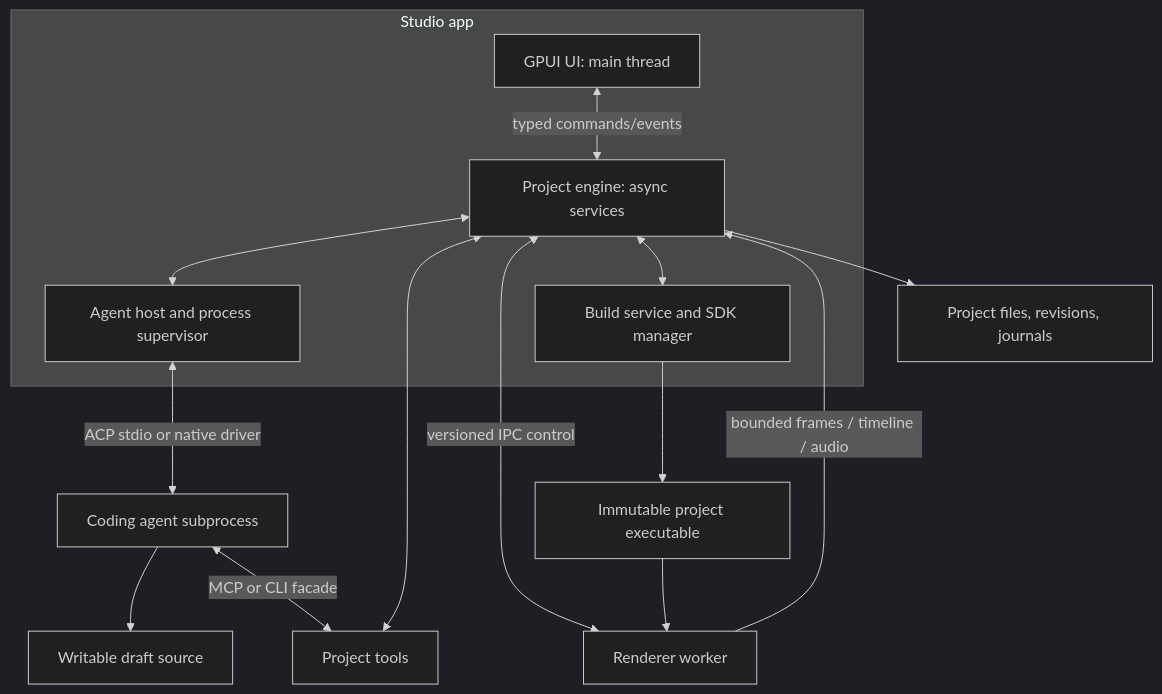
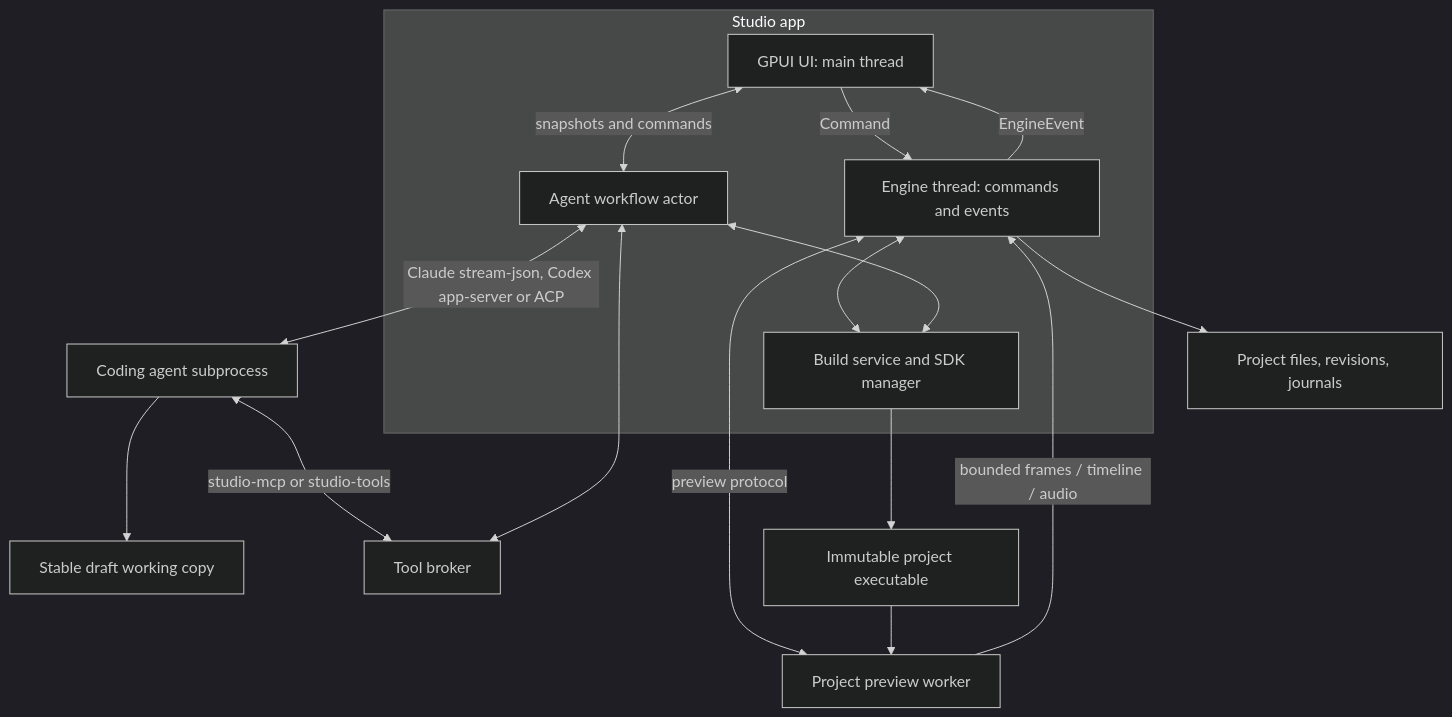
The first of 2 diagrams in docs/desktop/architecture.md (awun0105/fframes-desktop), drawn with Mermaid (dark theme) before and after one commit. The commit also changed other lines of this file and 7 other files, not shown here.

````diff
--- a/docs/desktop/architecture.md
+++ b/docs/desktop/architecture.md
@@ -44,21 +45,23 @@
 ```mermaid
 flowchart TB
   subgraph App["Studio app"]
     UI["GPUI UI: main thread"]
-    Engine["Project engine: async services"]
-    AgentHost["Agent host and process supervisor"]
+    Engine["Engine thread: commands and events"]
+    Workflow["Agent workflow actor"]
     Build["Build service and SDK manager"]
-    UI <-->|typed commands/events| Engine
-    Engine <--> AgentHost
+    UI -->|Command| Engine
+    Engine -->|EngineEvent| UI
+    UI <-->|snapshots and commands| Workflow
     Engine <--> Build
+    Workflow <--> Build
   end
-  AgentHost <-->|ACP stdio or native driver| Agent["Coding agent subprocess"]
-  Agent --> Draft["Writable draft source"]
-  Agent <-->|MCP or CLI facade| Tools["Project tools"]
-  Tools <--> Engine
+  Workflow <-->|Claude stream-json, Codex app-server or ACP| Agent["Coding agent subprocess"]
+  Agent --> Draft["Stable draft working copy"]
+  Agent <-->|studio-mcp or studio-tools| Broker["Tool broker"]
+  Broker <--> Workflow
   Build --> Artifact["Immutable project executable"]
-  Engine <-->|versioned IPC control| Worker["Renderer worker"]
+  Engine <-->|preview protocol| Worker["Project preview worker"]
   Artifact --> Worker
   Worker -->|bounded frames / timeline / audio| Engine
   Engine --> Store["Project files, revisions, journals"]
 ```
````
